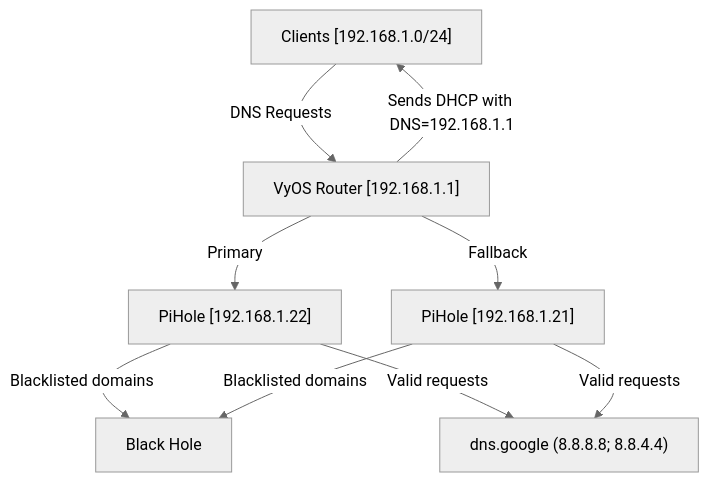
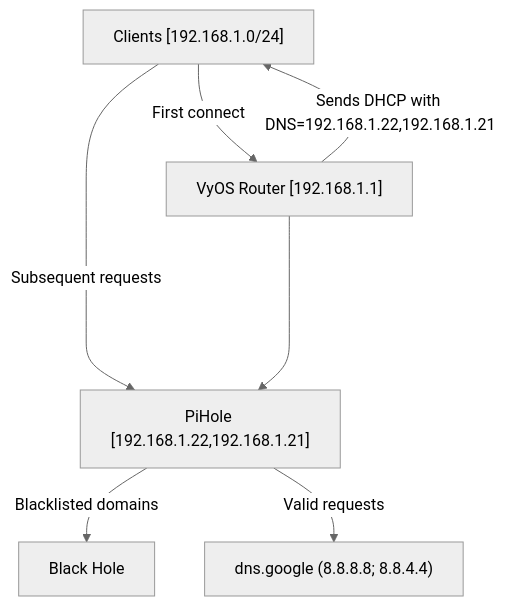
One commit to Jafner/Jafner.net changed the diagram in homelab/docs/DNS Resolution.md. Above: the diagram before and after it, drawn with Mermaid (neutral theme). The commit also changed other lines of this file, not shown here.

Commit message:
Update DNS resolution docs again

````diff
--- a/homelab/docs/DNS Resolution.md
+++ b/homelab/docs/DNS Resolution.md
@@ -1,18 +1,15 @@
 ```mermaid
 graph TB;
 Upstream["dns.google (8.8.8.8; 8.8.4.4)"]
 Clients["Clients [192.168.1.0/24]"]
 Router["VyOS Router [192.168.1.1]"]
-PiHole["PiHole [192.168.1.22]"]
-PiHole2["PiHole [192.168.1.21]"]
+PiHoles["PiHole [192.168.1.22,192.168.1.21]"]
 BlackHole["Black Hole"]
 
-Router --"Sends DHCP with DNS=192.168.1.1"--> Clients
-Clients --"DNS Requests"--> Router
-Router --"Primary"--> PiHole
-Router --"Fallback"--> PiHole2
-PiHole --"Blacklisted domains"--> BlackHole
-PiHole2 --"Blacklisted domains"--> BlackHole
-PiHole --"Valid requests"--> Upstream
-PiHole2 --"Valid requests"--> Upstream
+Clients --"First connect"--> Router
+Router --"Sends DHCP with DNS=192.168.1.22,192.168.1.21"--> Clients
+Clients --"Subsequent requests"--> PiHoles
+Router ----> PiHoles
+PiHoles --"Blacklisted domains"--> BlackHole
+PiHoles --"Valid requests"--> Upstream
 ```
````
